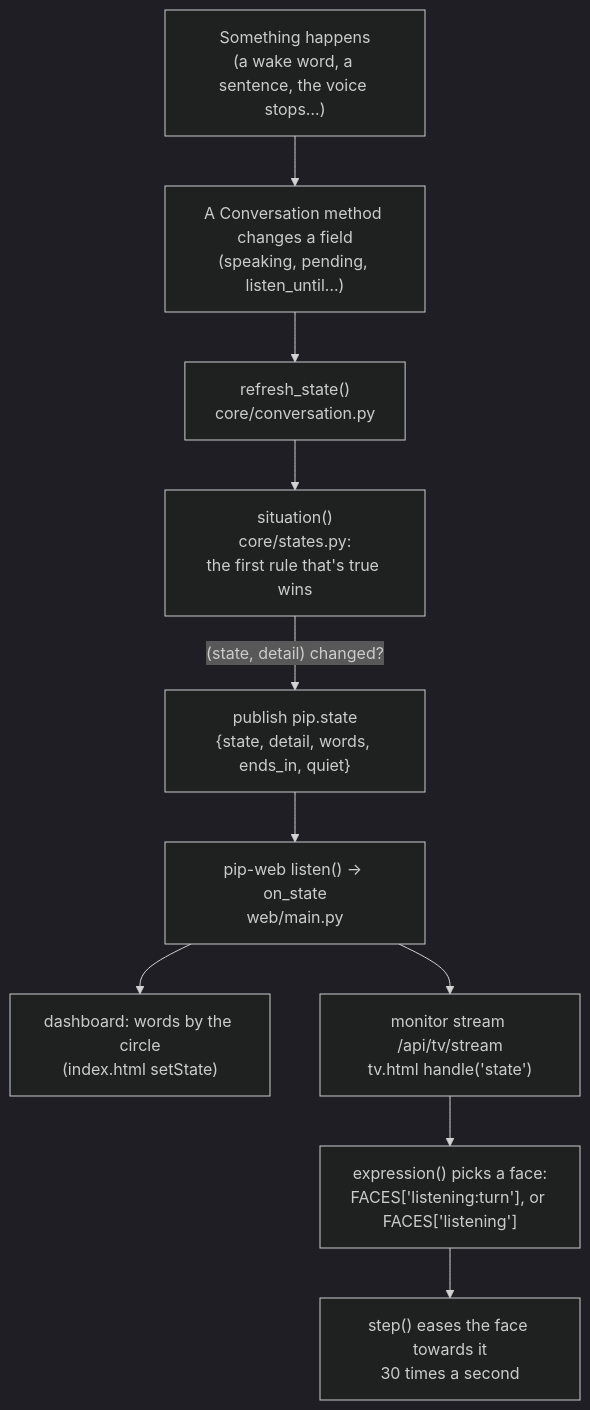
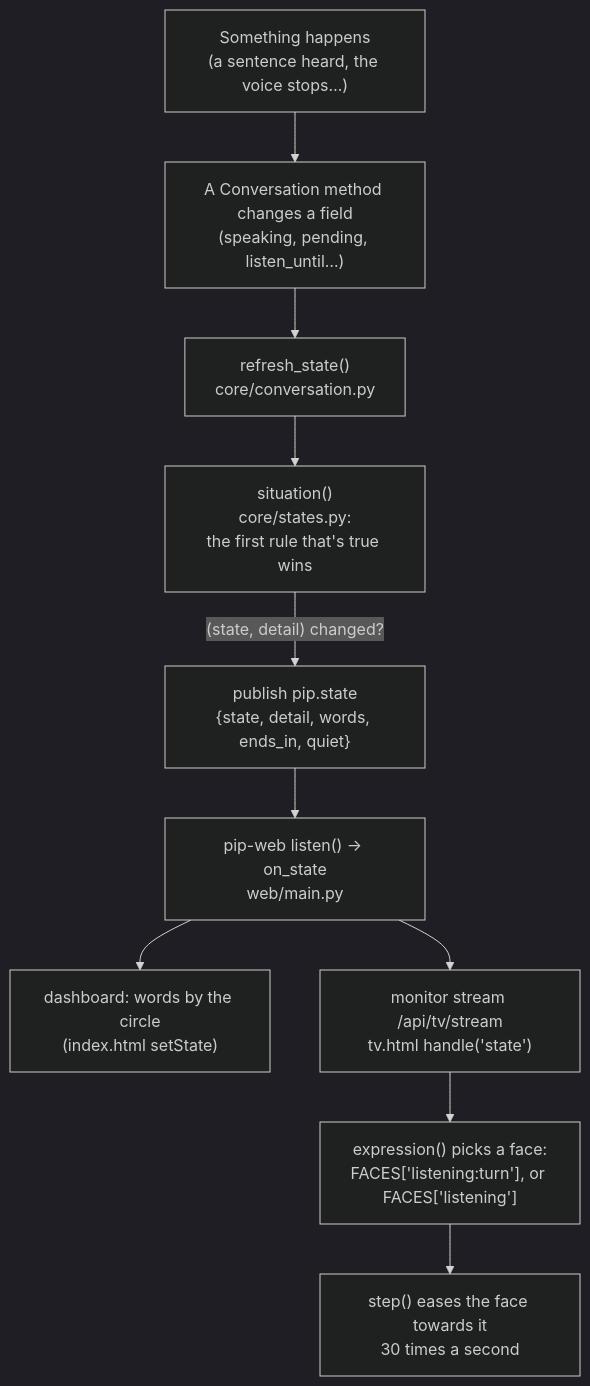
The second of 3 diagrams in docs/HOW-PIP-WORKS.md (LandenHeine17/pip), drawn with Mermaid (dark theme) before and after one commit. The commit also changed other lines of this file and 51 other files, not shown here.

````diff
--- a/docs/HOW-PIP-WORKS.md
+++ b/docs/HOW-PIP-WORKS.md
@@ -118,12 +119,12 @@
 ```mermaid
 flowchart TD
-  ev["Something happens<br/>(a wake word, a sentence, the voice stops…)"] --> h["A Conversation method changes a field<br/>(speaking, pending, listen_until…)"]
+  ev["Something happens<br/>(a sentence heard, the voice stops…)"] --> h["A Conversation method changes a field<br/>(speaking, pending, listen_until…)"]
   h --> r["refresh_state()<br/>core/conversation.py"]
   r --> s["situation()<br/>core/states.py:<br/>the first rule that's true wins"]
   s -->|"(state, detail) changed?"| p["publish pip.state<br/>{state, detail, words, ends_in, quiet}"]
   p --> w["pip-web listen() → on_state<br/>web/main.py"]
   w --> d["dashboard: words by the circle<br/>(index.html setState)"]
   w --> tv["monitor stream /api/tv/stream<br/>tv.html handle('state')"]
   tv --> e["expression() picks a face:<br/>FACES['listening:turn'], or FACES['listening']"]
   e --> a["step() eases the face towards it<br/>30 times a second"]
 ```
````
